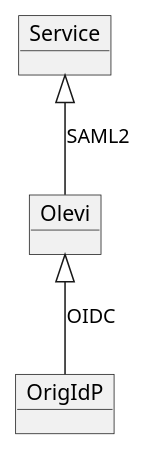
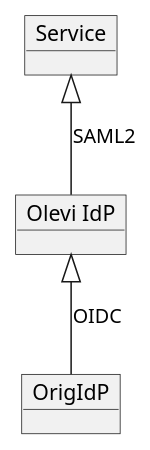
The diagram in src/uml/useCase-protocolAdaptor.wsd (Olevi-id/ip-idp-documentation), drawn with PlantUML before and after one commit. The commit also changed 7 other files, not shown here.

Commit message:
Update names in diagrams

```diff
--- a/src/uml/useCase-protocolAdaptor.wsd
+++ b/src/uml/useCase-protocolAdaptor.wsd
@@ -1,10 +1,10 @@
 @startuml useCase-protocolAdaptor
 
 object  OrigIdP
-object Olevi
+object "Olevi IdP" as Olevi
 object Service
 
 OrigIdP -u-|> Olevi : OIDC
 Olevi -u-|> Service : SAML2
 
 @enduml
```
